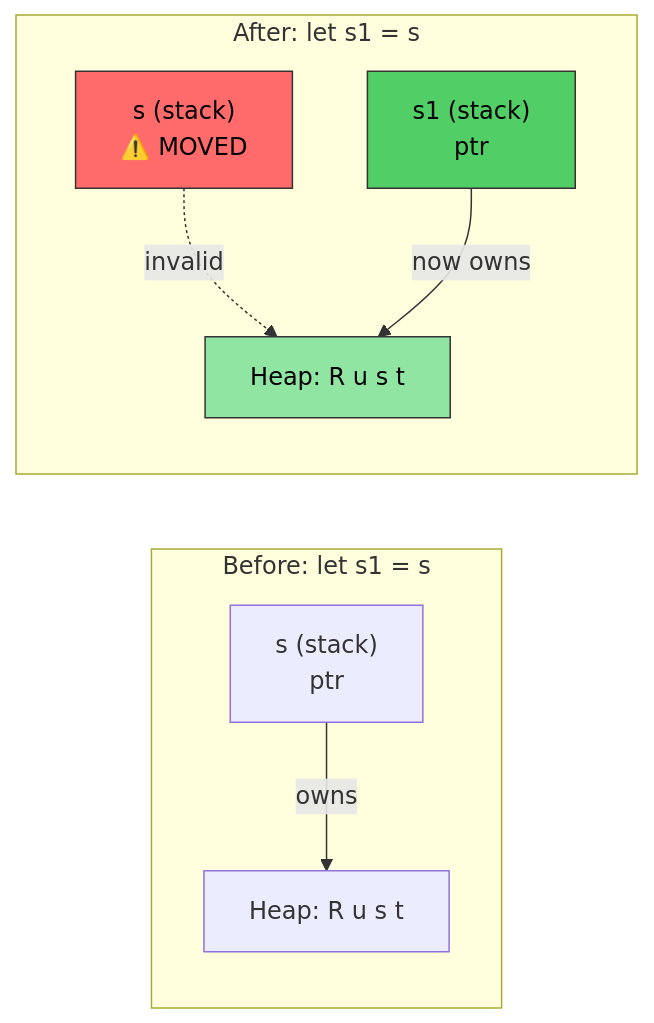
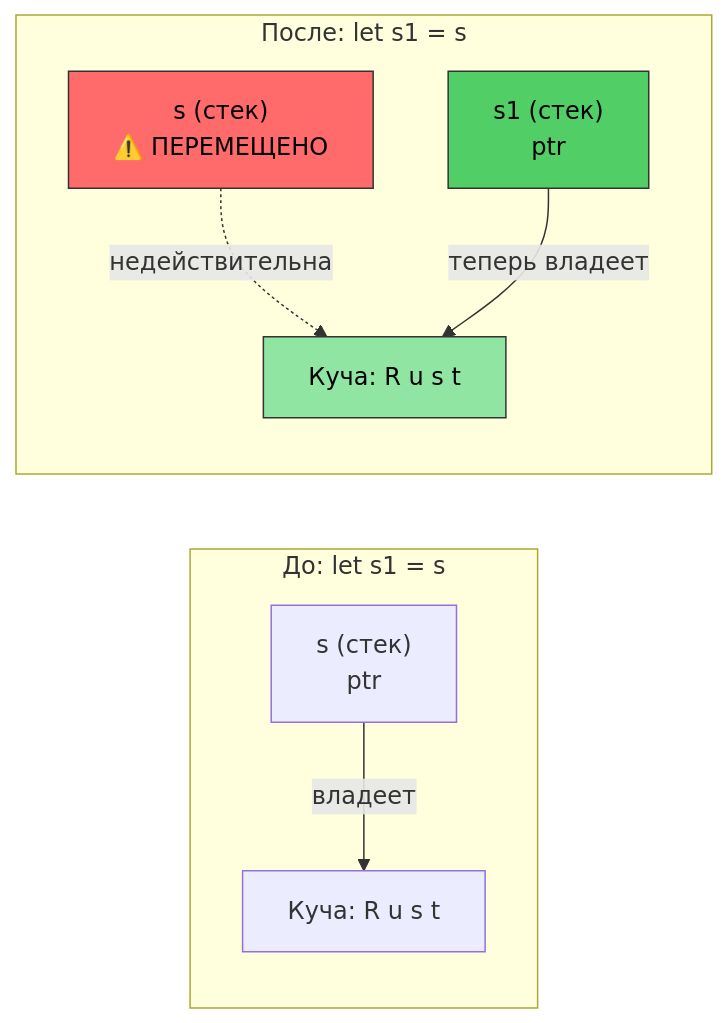
The first of 2 diagrams in c-cpp-book/src/ch07-ownership-and-borrowing.md (r007/RustTraining-Rus), drawn with Mermaid before and after one commit. The commit also changed other lines of this file and 21 other files, not shown here.

````diff
--- a/c-cpp-book/src/ch07-ownership-and-borrowing.md
+++ b/c-cpp-book/src/ch07-ownership-and-borrowing.md
@@ -101,15 +101,15 @@
 ```mermaid
 graph LR
-    subgraph "Before: let s1 = s"
-        S["s (stack)<br/>ptr"] -->|"owns"| H1["Heap: R u s t"]
+    subgraph "До: let s1 = s"
+        S["s (стек)<br/>ptr"] -->|"владеет"| H1["Куча: R u s t"]
     end
 
-    subgraph "After: let s1 = s"
-        S_MOVED["s (stack)<br/>⚠️ MOVED"] -.->|"invalid"| H2["Heap: R u s t"]
-        S1["s1 (stack)<br/>ptr"] -->|"now owns"| H2
+    subgraph "После: let s1 = s"
+        S_MOVED["s (стек)<br/>⚠️ ПЕРЕМЕЩЕНО"] -.->|"недействительна"| H2["Куча: R u s t"]
+        S1["s1 (стек)<br/>ptr"] -->|"теперь владеет"| H2
     end
 
     style S_MOVED fill:#ff6b6b,color:#000,stroke:#333
     style S1 fill:#51cf66,color:#000,stroke:#333
     style H2 fill:#91e5a3,color:#000,stroke:#333
 ```
````
